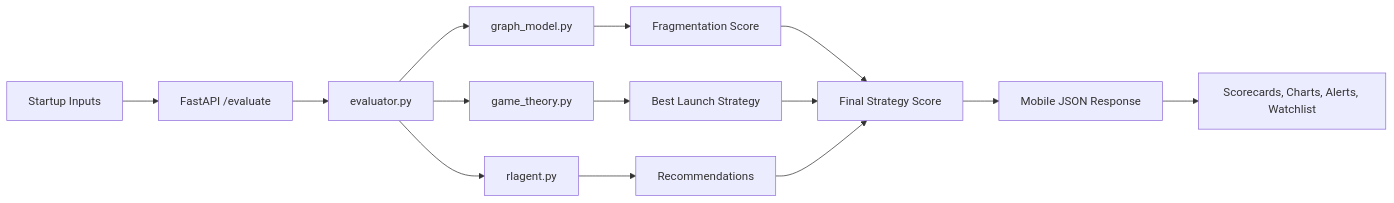
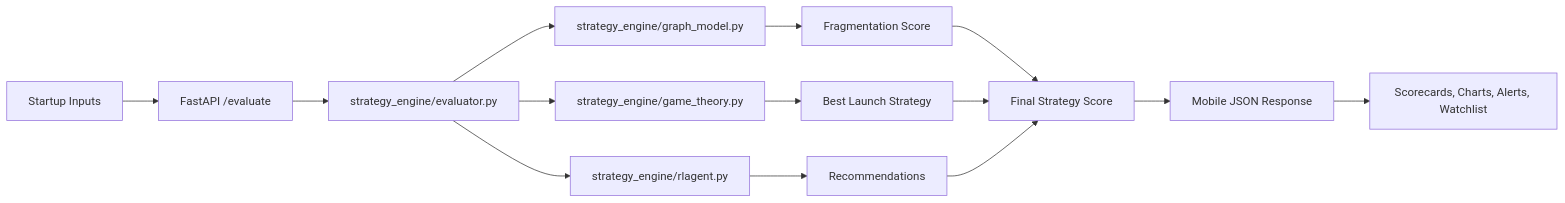
Before and after one commit to AKillerPanda/Strategy-Signal: the third of 3 diagrams in README.md, drawn with Mermaid. The commit also changed other lines of this file and 17 other files, not shown here.

````diff
--- a/README.md
+++ b/README.md
@@ -114,21 +116,21 @@
 ```mermaid
 flowchart LR
     A[Startup Inputs] --> B[FastAPI /evaluate]
-    B --> C[evaluator.py]
+    B --> C[strategy_engine/evaluator.py]
 
-    C --> D[graph_model.py]
+    C --> D[strategy_engine/graph_model.py]
     D --> E[Fragmentation Score]
 
-    C --> F[game_theory.py]
+    C --> F[strategy_engine/game_theory.py]
     F --> G[Best Launch Strategy]
 
-    C --> H[rlagent.py]
+    C --> H[strategy_engine/rlagent.py]
     H --> I[Recommendations]
 
     E --> J[Final Strategy Score]
     G --> J
     I --> J
 
     J --> K[Mobile JSON Response]
     K --> L[Scorecards, Charts, Alerts, Watchlist]
 ```
````
